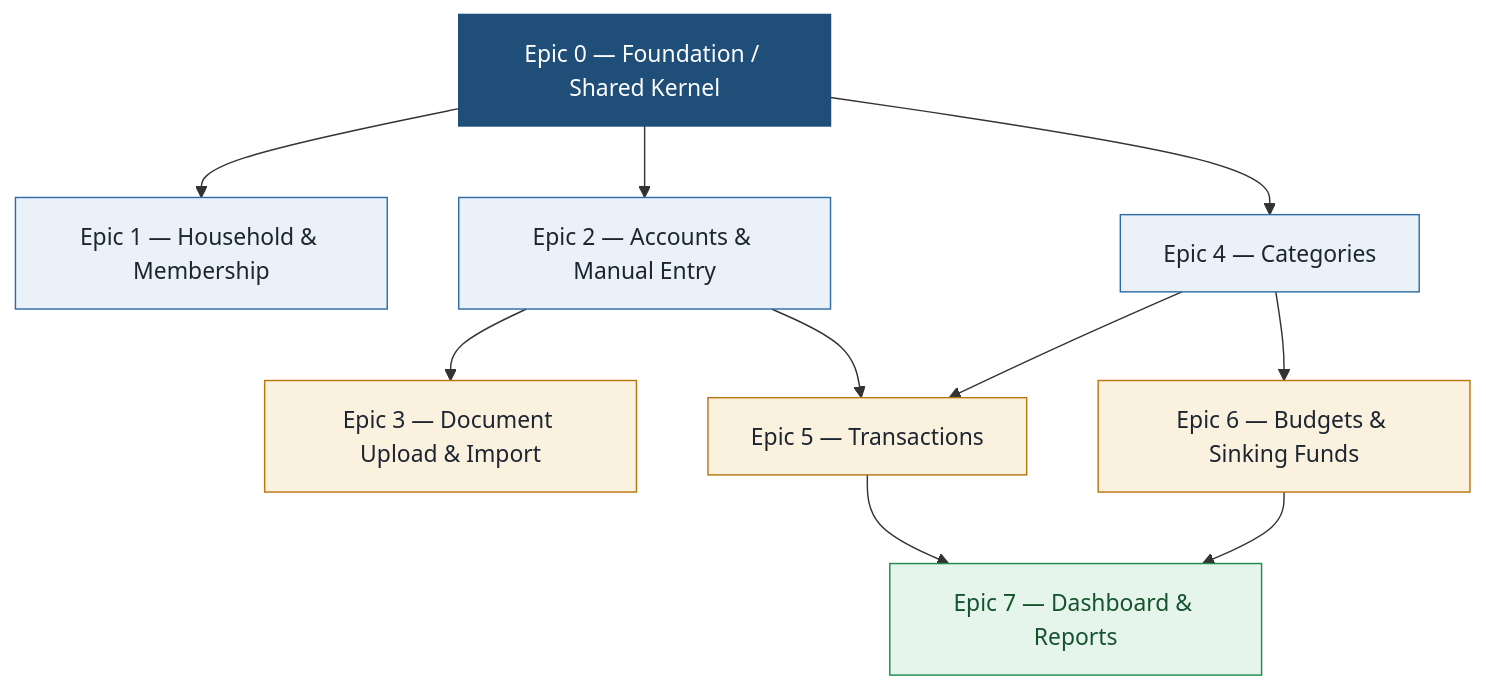
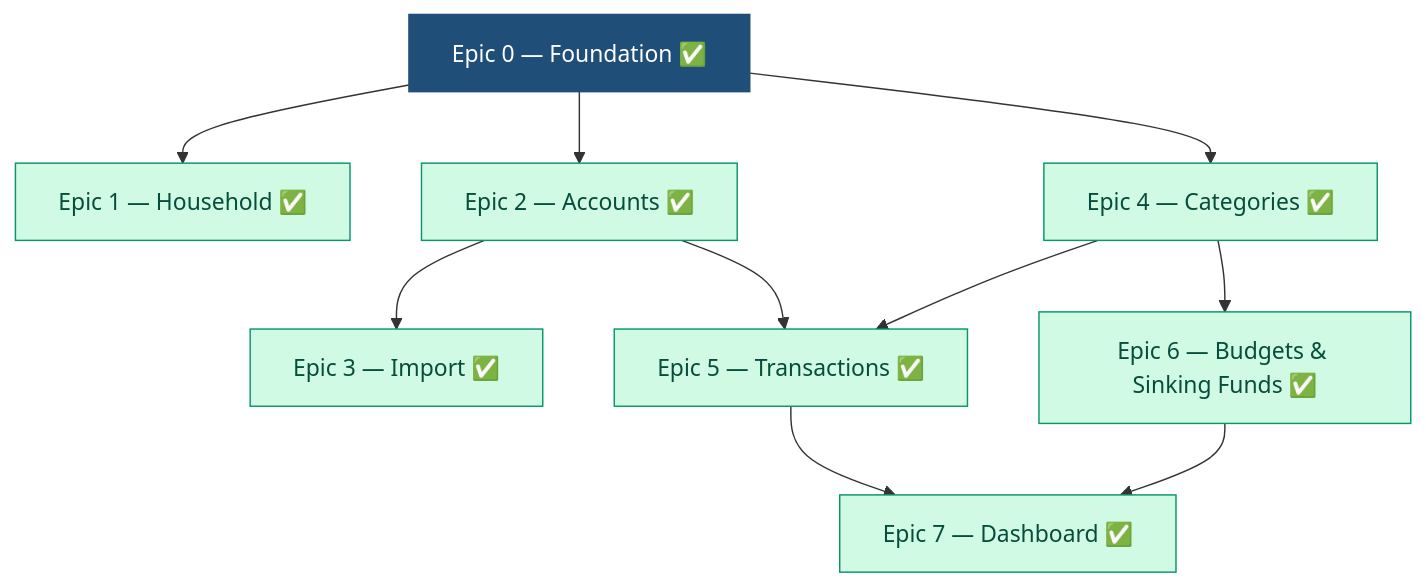
One commit to hkusingh/pfm changed the diagram in docs/phase1-epics-and-stories.md. Above: the diagram before and after it, drawn with Mermaid. The commit also changed other lines of this file and 2 other files, not shown here.

First line of the commit message:
docs: add Epic 10, mark Epics 2/5/6/7/8 done, add wireframe rule to CLAUDE.md

````diff
--- a/docs/phase1-epics-and-stories.md
+++ b/docs/phase1-epics-and-stories.md
@@ -18,25 +18,25 @@
 ```mermaid
 flowchart TD
-  E0[Epic 0 — Foundation / Shared Kernel]:::k
-  E1[Epic 1 — Household & Membership]:::a
-  E2[Epic 2 — Accounts & Manual Entry]:::a
-  E4[Epic 4 — Categories]:::a
-  E3[Epic 3 — Document Upload & Import]:::b
-  E5[Epic 5 — Transactions]:::b
-  E6[Epic 6 — Budgets & Sinking Funds]:::b
-  E7[Epic 7 — Dashboard & Reports]:::c
+  E0[Epic 0 — Foundation ✅]:::k
+  E1[Epic 1 — Household ✅]:::done
+  E2[Epic 2 — Accounts ✅]:::done
+  E4[Epic 4 — Categories ✅]:::done
+  E3[Epic 3 — Import ✅]:::done
+  E5[Epic 5 — Transactions ✅]:::done
+  E6[Epic 6 — Budgets & Sinking Funds ✅]:::done
+  E7[Epic 7 — Dashboard ✅]:::done
 
   E0 --> E1
   E0 --> E2
   E0 --> E4
   E2 --> E3
   E2 --> E5
   E4 --> E5
   E4 --> E6
   E5 --> E7
   E6 --> E7
   classDef k fill:#1F4E79,color:#fff,stroke:#1F4E79;
-  classDef a fill:#eaf1f8,stroke:#2E6DA4,color:#1c2530;
+  classDef done fill:#d1fae5,stroke:#059669,color:#064e3b;
   classDef b fill:#fbf1df,stroke:#B9770E,color:#1c2530;
   classDef c fill:#e6f5ec,stroke:#1F8A4C,color:#14532d;
 ```
````
